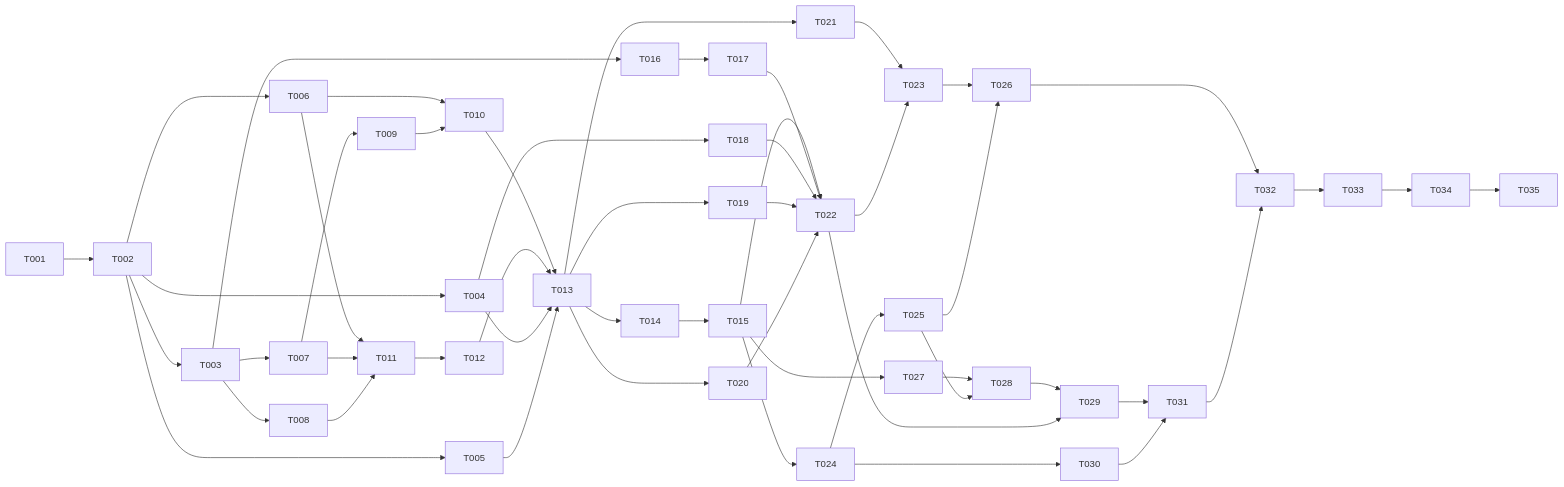
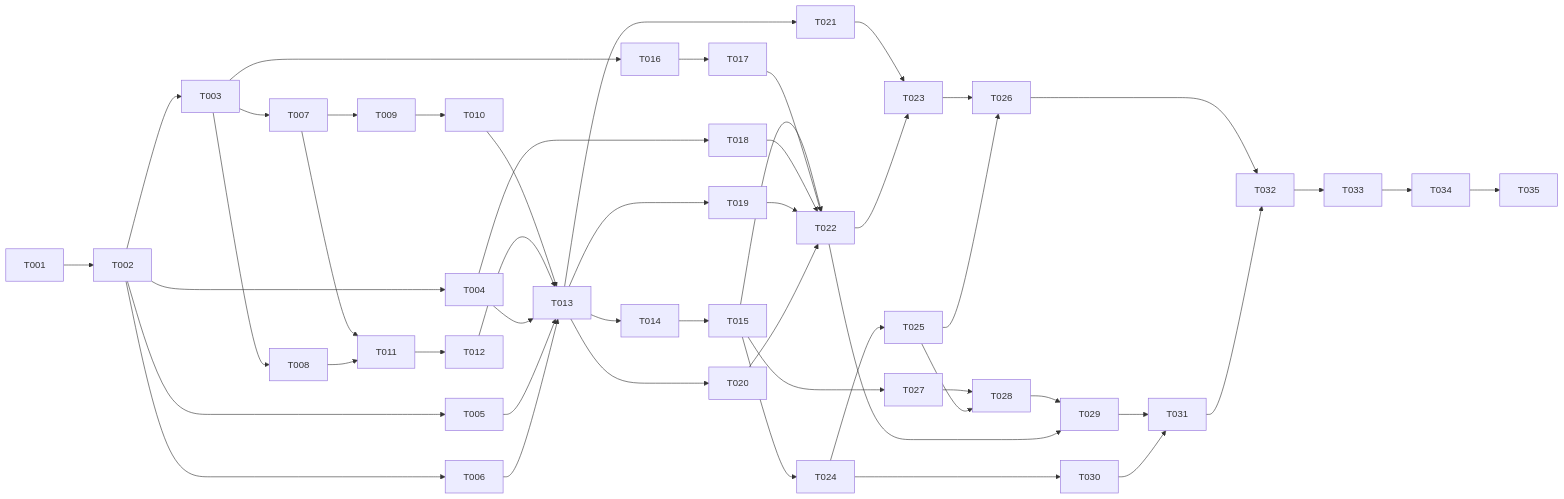
The diagram in specs/001-nucleo-batalha/tasks.md (SteveNasch/JogoED), drawn with Mermaid before and after one commit. The commit also changed other lines of this file and 2 other files, not shown here.

````diff
--- a/specs/001-nucleo-batalha/tasks.md
+++ b/specs/001-nucleo-batalha/tasks.md
@@ -233,23 +233,23 @@
 ```mermaid
 flowchart LR
     T001 --> T002
     T002 --> T003 & T004 & T005 & T006
     T003 --> T007 & T008 & T016
     T007 --> T009
-    T006 & T009 --> T010
-    T006 & T007 & T008 --> T011 --> T012
-    T010 & T012 & T004 & T005 --> T013 --> T014 --> T015
+    T009 --> T010
+    T007 & T008 --> T011 --> T012
+    T010 & T012 & T004 & T005 & T006 --> T013 --> T014 --> T015
     T016 --> T017
     T004 --> T018
     T013 --> T019 & T020 & T021
     T015 & T017 & T018 & T019 & T020 --> T022
     T021 & T022 --> T023
     T015 --> T024 --> T025
     T023 & T025 --> T026
     T015 --> T027 --> T028 --> T029
     T025 --> T028
     T022 --> T029
     T024 --> T030
     T029 & T030 --> T031
     T026 & T031 --> T032 --> T033 --> T034 --> T035
 ```
````
